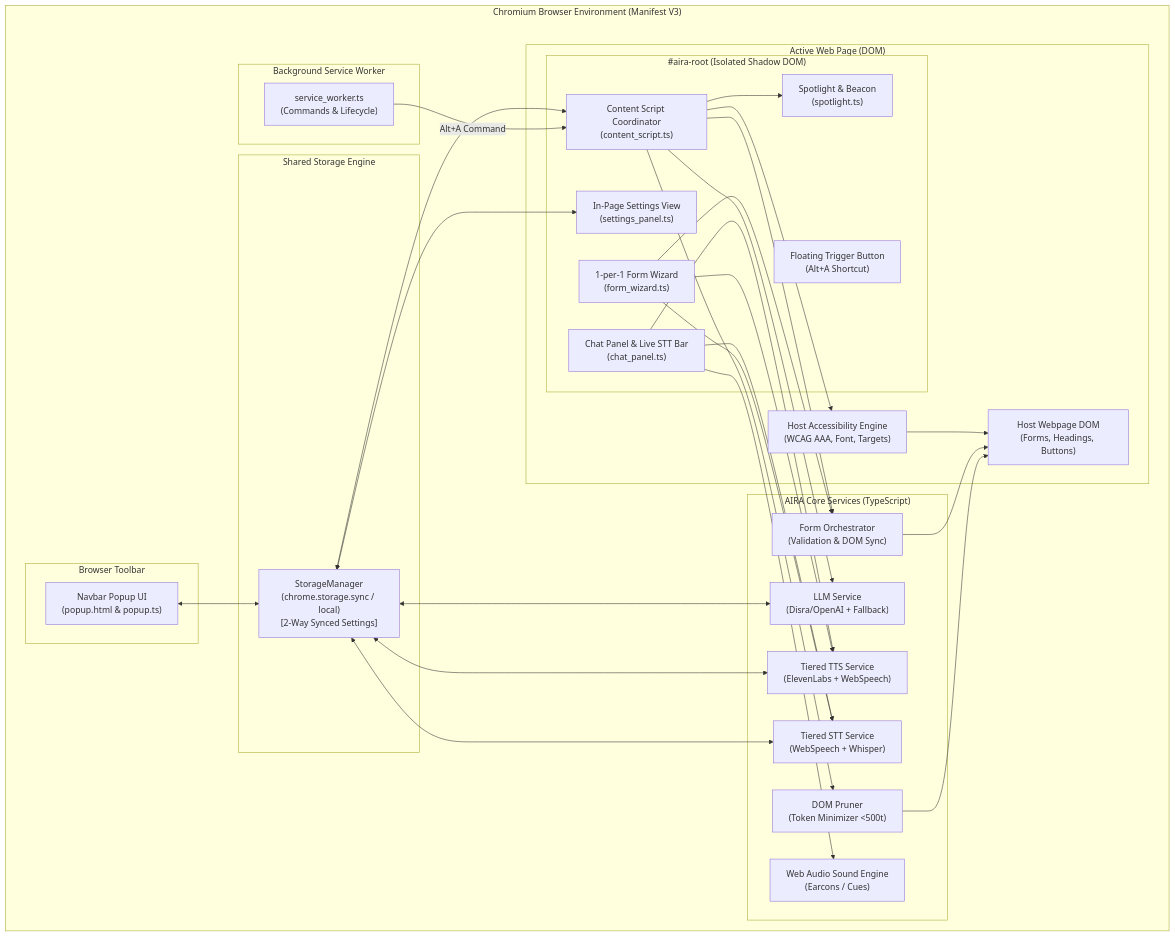
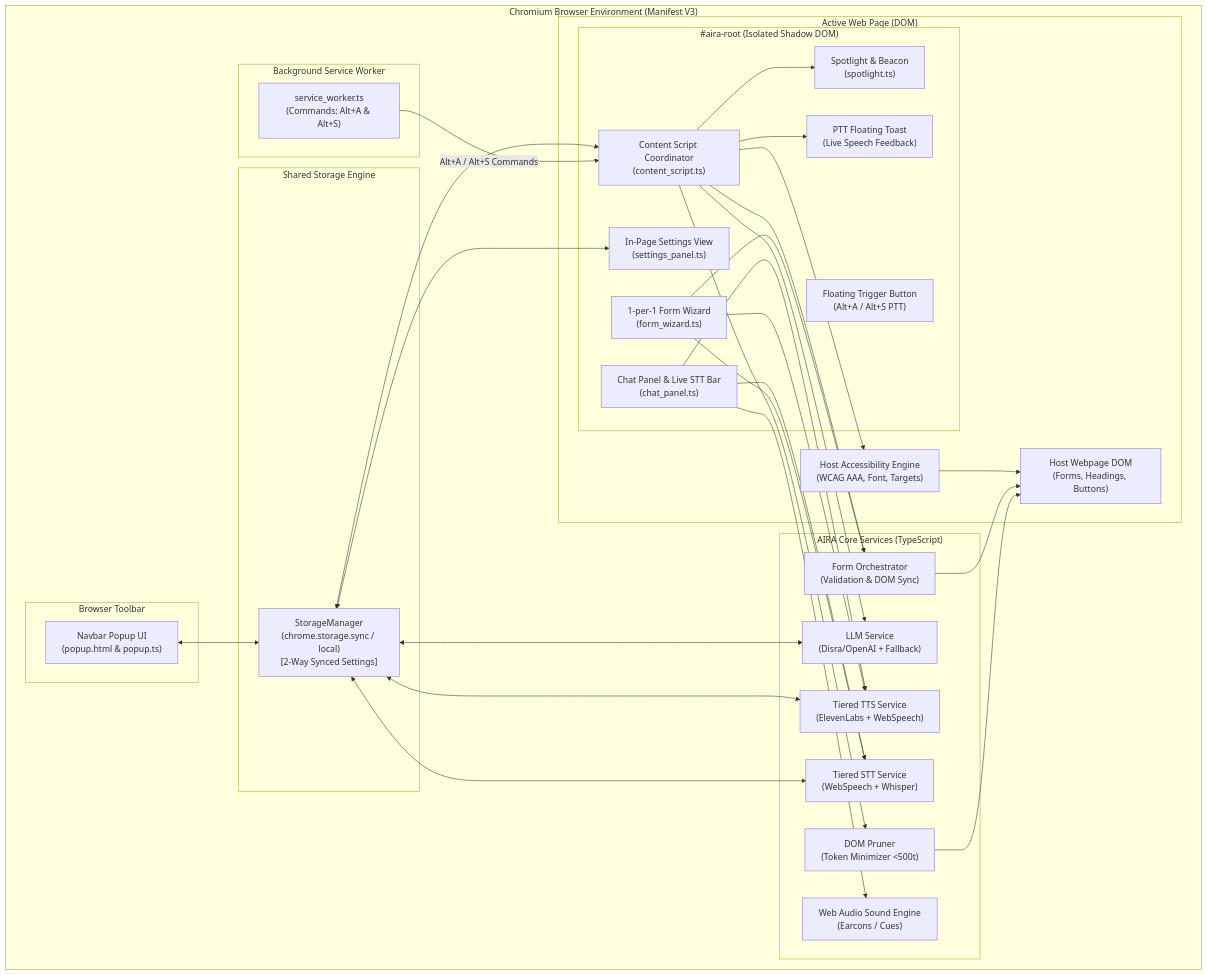
The first of 3 diagrams in DESIGN.md (andi-frame/aira), drawn with Mermaid before and after one commit. The commit also changed other lines of this file and 13 other files, not shown here.

````diff
--- a/DESIGN.md
+++ b/DESIGN.md
@@ -53,66 +55,68 @@
 ```mermaid
 flowchart TB
     subgraph Browser["Chromium Browser Environment (Manifest V3)"]
         subgraph Toolbar["Browser Toolbar"]
             POPUP["Navbar Popup UI\n(popup.html & popup.ts)"]
         end
 
         subgraph BackgroundWorker["Background Service Worker"]
-            SW["service_worker.ts\n(Commands & Lifecycle)"]
+            SW["service_worker.ts\n(Commands: Alt+A & Alt+S)"]
         end
 
         subgraph StorageLayer["Shared Storage Engine"]
             SM["StorageManager\n(chrome.storage.sync / local)\n[2-Way Synced Settings]"]
         end
 
         subgraph WebPage["Active Web Page (DOM)"]
             HOST_DOM["Host Webpage DOM\n(Forms, Headings, Buttons)"]
             ACC_ENGINE["Host Accessibility Engine\n(WCAG AAA, Font, Targets)"]
             
             subgraph ShadowHost["#aira-root (Isolated Shadow DOM)"]
                 CS["Content Script Coordinator\n(content_script.ts)"]
-                FAB["Floating Trigger Button\n(Alt+A Shortcut)"]
+                FAB["Floating Trigger Button\n(Alt+A / Alt+S PTT)"]
                 CHAT["Chat Panel & Live STT Bar\n(chat_panel.ts)"]
                 SETTINGS["In-Page Settings View\n(settings_panel.ts)"]
                 WIZARD["1-per-1 Form Wizard\n(form_wizard.ts)"]
                 SPOTLIGHT["Spotlight & Beacon\n(spotlight.ts)"]
+                PTT_BADGE["PTT Floating Toast\n(Live Speech Feedback)"]
             end
         end
 
         subgraph CoreServices["AIRA Core Services (TypeScript)"]
             DOM_PRUNER["DOM Pruner\n(Token Minimizer <500t)"]
             FORM_ORCH["Form Orchestrator\n(Validation & DOM Sync)"]
             LLM_SERV["LLM Service\n(Disra/OpenAI + Fallback)"]
             TTS_SERV["Tiered TTS Service\n(ElevenLabs + WebSpeech)"]
             STT_SERV["Tiered STT Service\n(WebSpeech + Whisper)"]
             SOUND_FX["Web Audio Sound Engine\n(Earcons / Cues)"]
         end
     end
 
     %% Storage Connections
     POPUP <--> SM
     SM <--> CS
     SM <--> SETTINGS
     SM <--> LLM_SERV
     SM <--> TTS_SERV
     SM <--> STT_SERV
 
     %% Coordinator Orchestration
-    SW -- "Alt+A Command" --> CS
+    SW -- "Alt+A / Alt+S Commands" --> CS
     CS --> DOM_PRUNER
     CS --> LLM_SERV
     CS --> FORM_ORCH
     CS --> SPOTLIGHT
     CS --> ACC_ENGINE
+    CS --> PTT_BADGE
     ACC_ENGINE --> HOST_DOM
 
     %% UI to Services
     CHAT --> STT_SERV
     CHAT --> TTS_SERV
     CHAT --> SOUND_FX
     WIZARD --> FORM_ORCH
     WIZARD --> TTS_SERV
     WIZARD --> STT_SERV
     FORM_ORCH --> HOST_DOM
     DOM_PRUNER --> HOST_DOM
 ```
````
